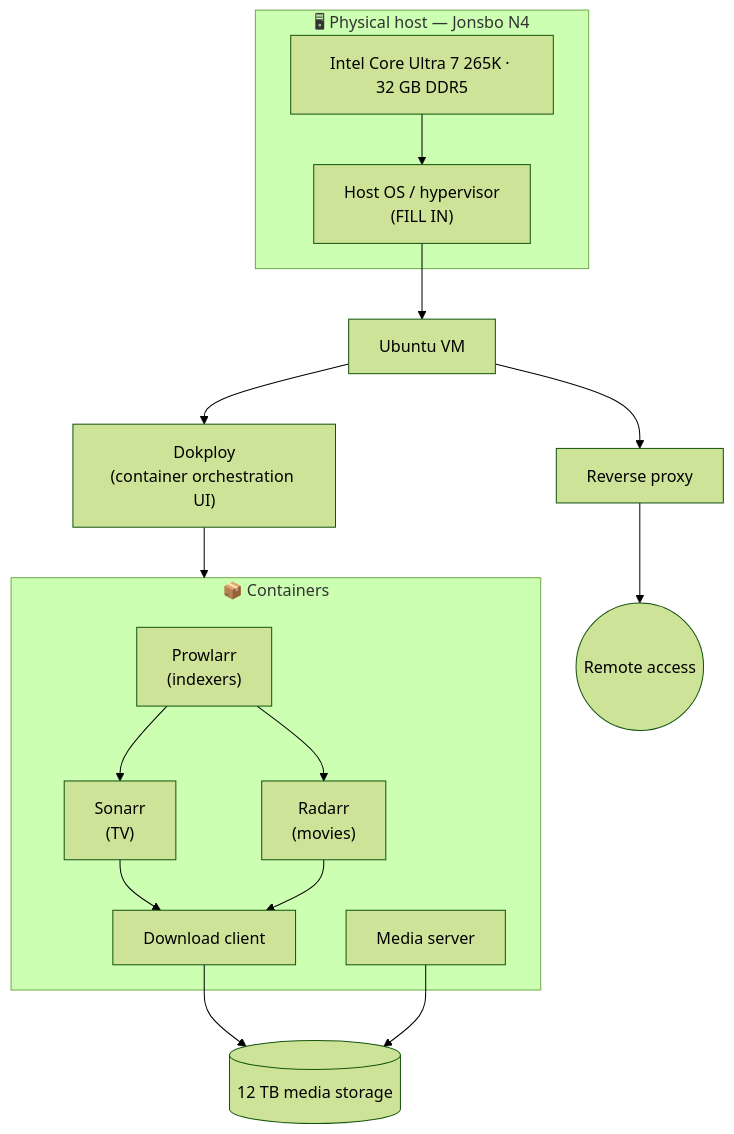
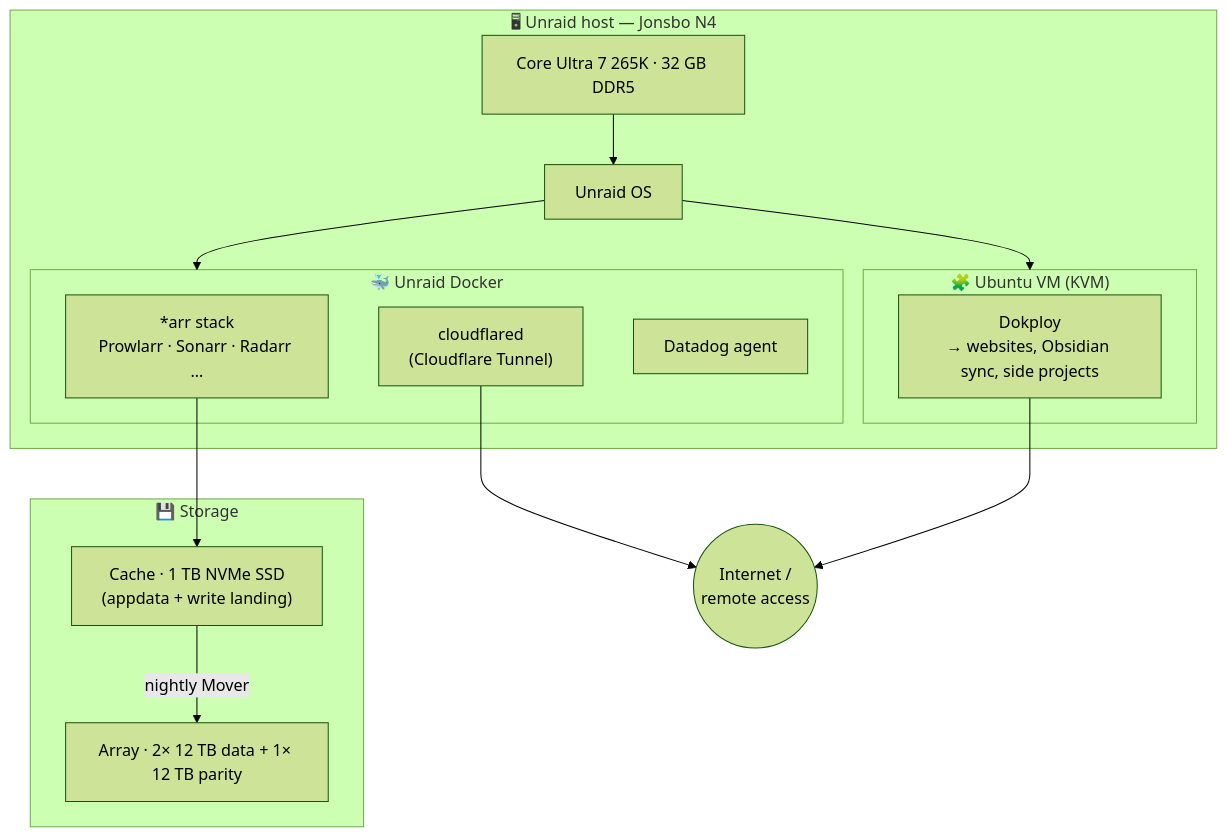
One commit to samcolmanetti/home-server changed the first of 2 diagrams in README.md. Above: the diagram before and after it, drawn with Mermaid (forest theme). The commit also changed other lines of this file, not shown here.

First line of the commit message:
docs: rebuild stack around Unraid OS

````diff
--- a/README.md
+++ b/README.md
@@ -51,25 +51,28 @@
 ```mermaid
 flowchart TB
-  subgraph HOST["🖥 Physical host — Jonsbo N4"]
-    HW["Intel Core Ultra 7 265K · 32 GB DDR5"]
-    HW --> OS["Host OS / hypervisor<br/>(FILL IN)"]
+  subgraph HOST["🖥 Unraid host — Jonsbo N4"]
+    HW["Core Ultra 7 265K · 32 GB DDR5"] --> UNRAID["Unraid OS"]
+
+    subgraph DOCKER["🐳 Unraid Docker"]
+      ARR["*arr stack<br/>Prowlarr · Sonarr · Radarr …"]
+      CF["cloudflared<br/>(Cloudflare Tunnel)"]
+      DD["Datadog agent"]
+    end
+
+    subgraph KVM["🧩 Ubuntu VM (KVM)"]
+      DOK["Dokploy<br/>→ websites, Obsidian sync, side projects"]
+    end
+
+    UNRAID --> DOCKER & KVM
   end
 
-  OS --> VM["Ubuntu VM"]
-  VM --> DOK["Dokploy<br/>(container orchestration UI)"]
-
-  subgraph SVC["📦 Containers"]
-    PROW["Prowlarr<br/>(indexers)"]
-    SON["Sonarr<br/>(TV)"]
-    RAD["Radarr<br/>(movies)"]
-    DL["Download client"]
-    MEDIA["Media server"]
+  subgraph STORE["💾 Storage"]
+    CACHE["Cache · 1 TB NVMe SSD<br/>(appdata + write landing)"]
+    ARRAY["Array · 2× 12 TB data + 1× 12 TB parity"]
+    CACHE -->|nightly Mover| ARRAY
   end
 
-  DOK --> SVC
-  PROW --> SON & RAD
-  SON & RAD --> DL
-  DL --> STORE[("12 TB media storage")]
-  MEDIA --> STORE
-  VM --> RP["Reverse proxy"] --> WAN((Remote access))
+  ARR --> CACHE
+  CF --> WAN((Internet /<br/>remote access))
+  DOK --> WAN
 ```
````
